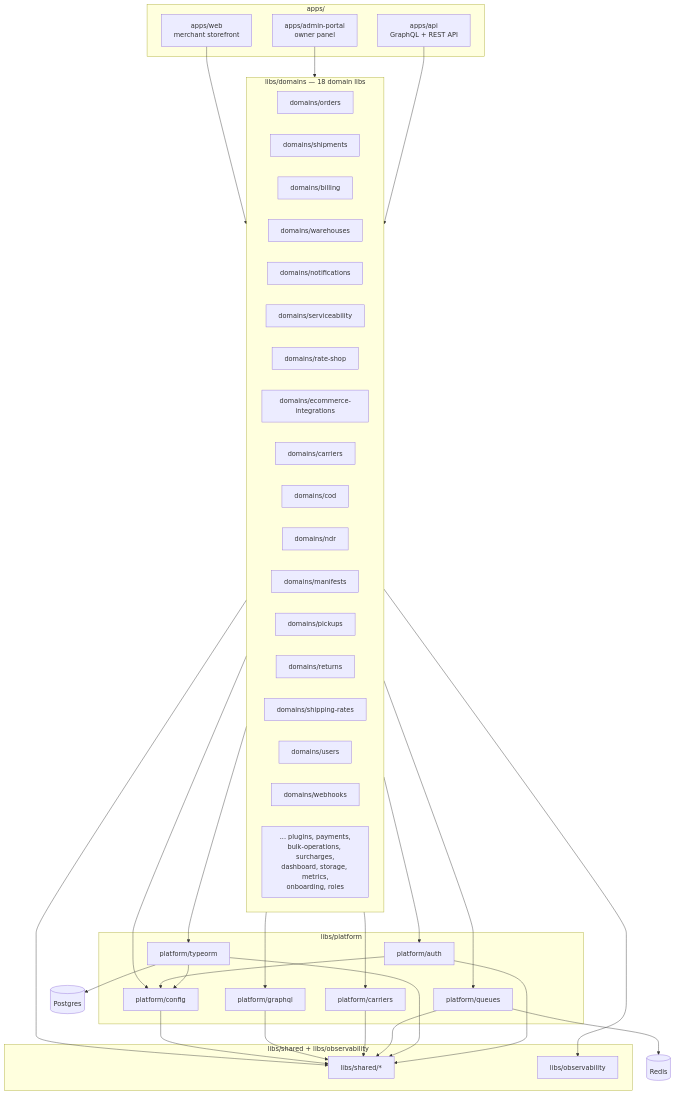
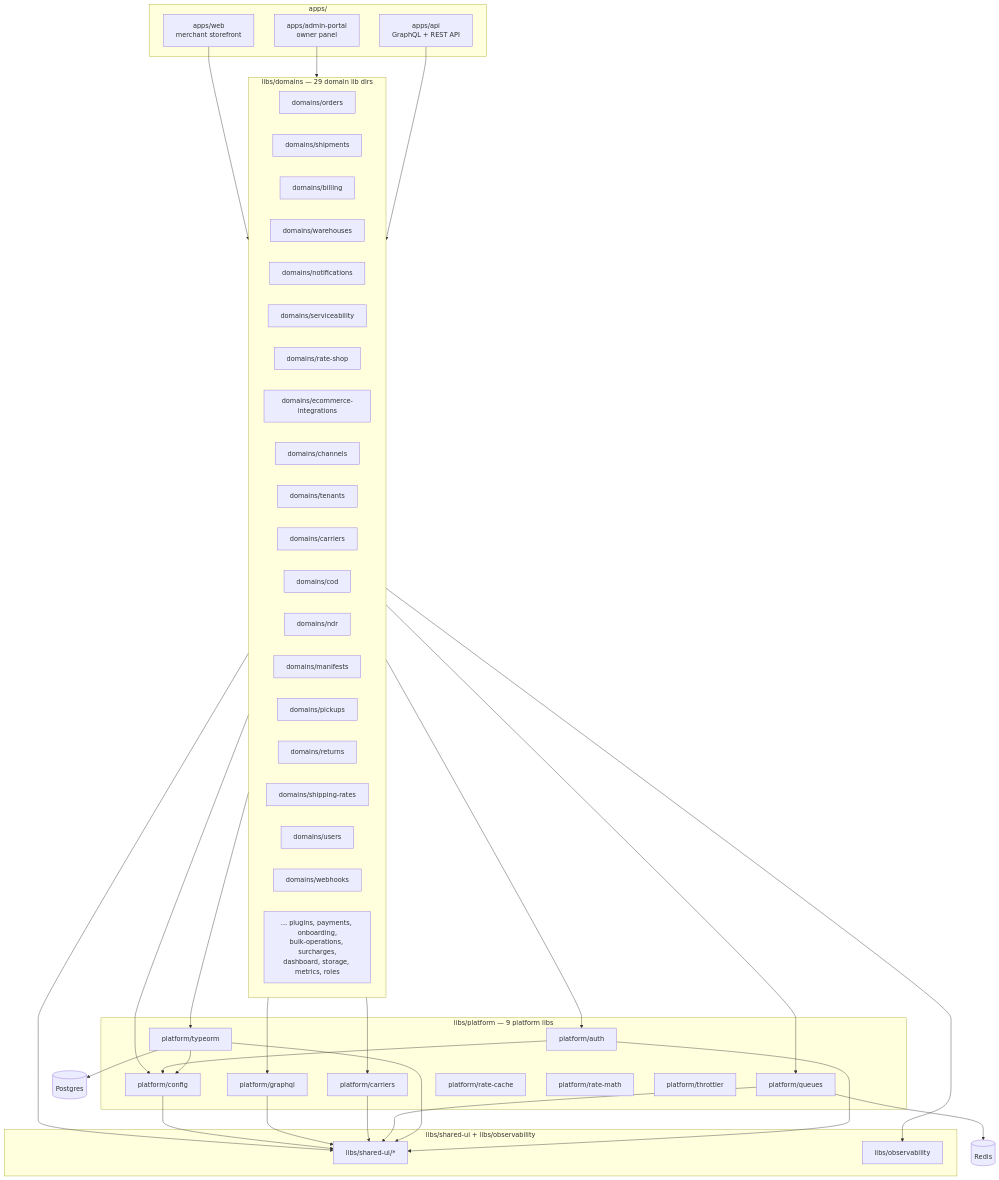
Before and after one commit to AmanVatsSharma/SwiftShip-Ai-Shipping: the diagram in ARCHITECTURE.md, drawn with Mermaid. The commit also changed other lines of this file and 219 other files, not shown here.

````diff
--- a/ARCHITECTURE.md
+++ b/ARCHITECTURE.md
@@ -19,71 +24,76 @@
 ```mermaid
 graph TD
   subgraph APPS[apps/]
     API[apps/api<br/>GraphQL + REST API]
     ADMIN[apps/admin-portal<br/>owner panel]
     WEB[apps/web<br/>merchant storefront]
   end
 
-  subgraph DOMAINS[libs/domains — 18 domain libs]
+  subgraph DOMAINS[libs/domains — 29 domain lib dirs]
     D_ORDERS[domains/orders]
     D_SHIPMENTS[domains/shipments]
     D_BILLING[domains/billing]
     D_WAREHOUSES[domains/warehouses]
     D_NOTIFICATIONS[domains/notifications]
     D_SERVICEABILITY[domains/serviceability]
     D_RATESHOP[domains/rate-shop]
     D_ECOM[domains/ecommerce-integrations]
+    D_CHANNELS[domains/channels]
+    D_TENANTS[domains/tenants]
     D_CARRIERS[domains/carriers]
     D_COD[domains/cod]
     D_NDR[domains/ndr]
     D_MANIFESTS[domains/manifests]
     D_PICKUPS[domains/pickups]
     D_RETURNS[domains/returns]
     D_RATES[domains/shipping-rates]
     D_USERS[domains/users]
     D_WEBHOOKS[domains/webhooks]
-    D_OTHERS[... plugins, payments,<br/>bulk-operations, surcharges,<br/>dashboard, storage, metrics,<br/>onboarding, roles]
+    D_OTHERS[... plugins, payments, onboarding,<br/>bulk-operations, surcharges,<br/>dashboard, storage, metrics, roles]
   end
 
-  subgraph PLATFORM[libs/platform]
+  subgraph PLATFORM[libs/platform — 9 platform libs]
     P_AUTH[platform/auth]
     P_TYPEORM[platform/typeorm]
     P_QUEUES[platform/queues]
     P_CARRIERS[platform/carriers]
     P_GRAPHQL[platform/graphql]
     P_CONFIG[platform/config]
+    P_RATECACHE[platform/rate-cache]
+    P_RATEMATH[platform/rate-math]
+    P_THROTTLER[platform/throttler]
   end
 
-  subgraph SHARED[libs/shared + libs/observability]
-    SH[libs/shared/*]
+  subgraph SHARED[libs/shared-ui + libs/observability]
+    SH[libs/shared-ui/*]
     OBS[libs/observability]
   end
 
   DB[(Postgres)]
   REDIS[(Redis)]
 
   API --> DOMAINS
   ADMIN --> DOMAINS
   WEB --> DOMAINS
 
   DOMAINS --> P_AUTH
   DOMAINS --> P_TYPEORM
   DOMAINS --> P_QUEUES
   DOMAINS --> P_CARRIERS
   DOMAINS --> P_GRAPHQL
   DOMAINS --> P_CONFIG
   DOMAINS --> SH
   DOMAINS --> OBS
 
   P_AUTH --> SH
   P_TYPEORM --> SH
   P_TYPEORM --> P_CONFIG
   P_QUEUES --> SH
   P_CARRIERS --> SH
   P_GRAPHQL --> SH
   P_CONFIG --> SH
   P_AUTH --> P_CONFIG
 
   P_TYPEORM --> DB
   P_QUEUES --> REDIS
 ```
````
